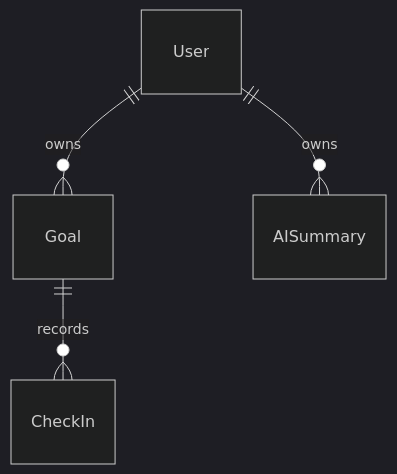
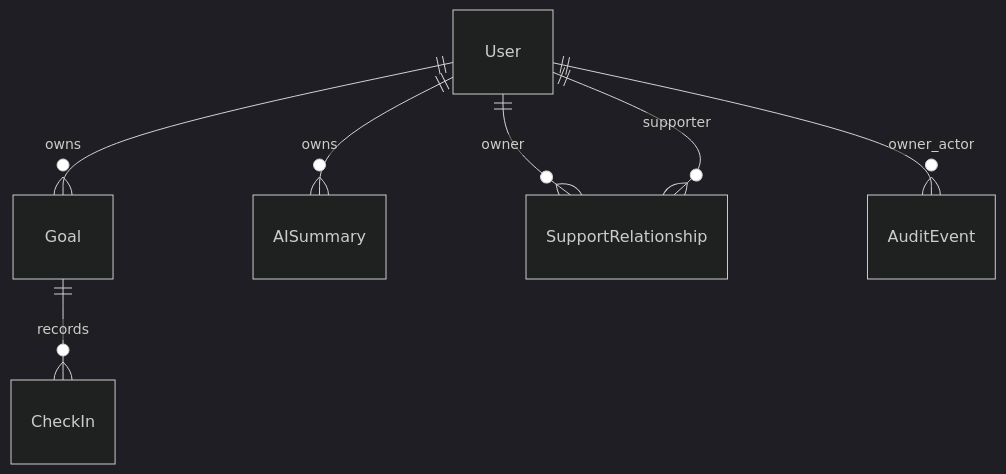
One commit to CarlosAM03/neuro-connect changed the diagram in docs/architecture/DATA_MODEL.md. Above: the diagram before and after it, drawn with Mermaid (dark theme). The commit also changed other lines of this file and 6 other files, not shown here.

Commit message:
docs: document support audit contracts and reproducible validation

````diff
--- a/docs/architecture/DATA_MODEL.md
+++ b/docs/architecture/DATA_MODEL.md
@@ -3,6 +3,9 @@
 ```mermaid
 erDiagram
   User ||--o{ Goal : owns
   Goal ||--o{ CheckIn : records
   User ||--o{ AISummary : owns
+  User ||--o{ SupportRelationship : owner
+  User ||--o{ SupportRelationship : supporter
+  User ||--o{ AuditEvent : owner_actor
 ```
````
